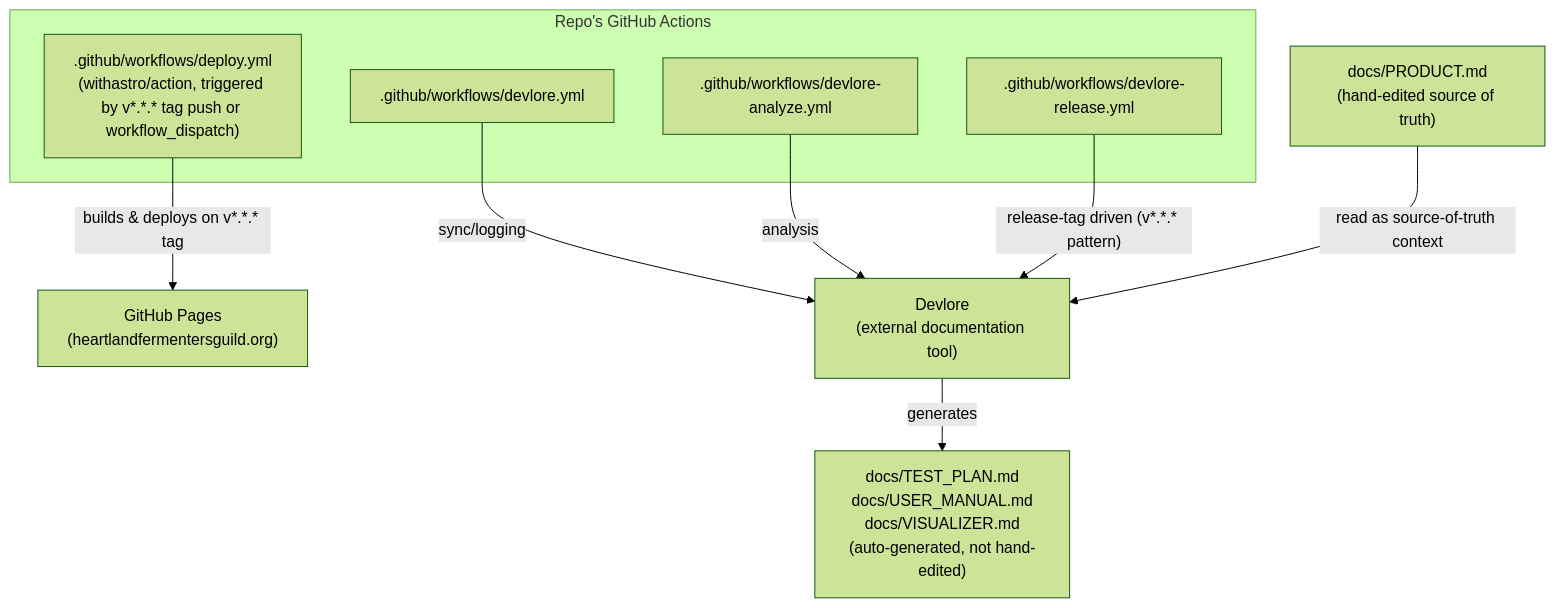
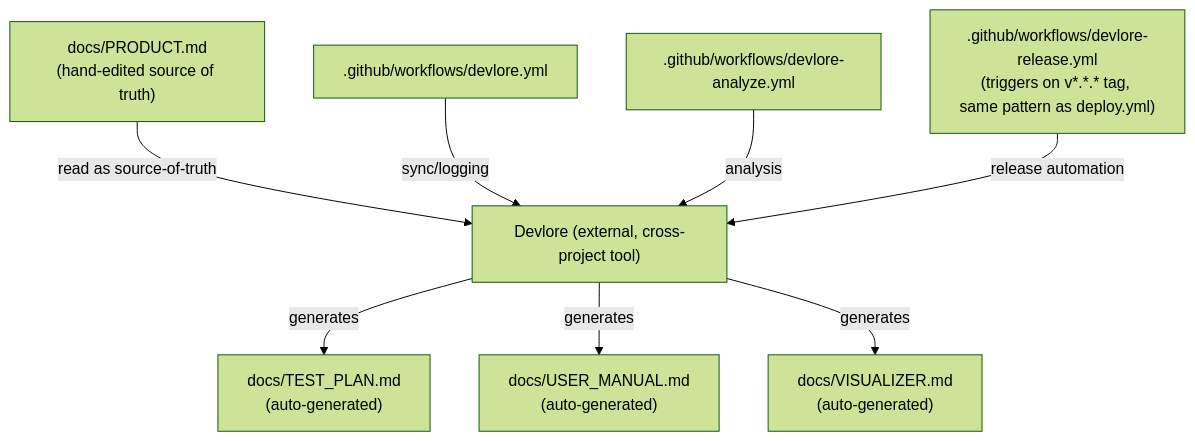
The third of 3 diagrams in docs/VISUALIZER.md (BubbaF377/heartland-fermenters-guild), drawn with Mermaid (forest theme) before and after one commit. The commit also changed other lines of this file, not shown here.

Commit message:
Update visualizer (requirements changed): heartland-fermenters-guild

````diff
--- a/docs/VISUALIZER.md
+++ b/docs/VISUALIZER.md
@@ -66,23 +78,22 @@
 ```mermaid
-flowchart TD
+graph TD
     ProductDoc["docs/PRODUCT.md<br/>(hand-edited source of truth)"]
+    TestPlan["docs/TEST_PLAN.md<br/>(auto-generated)"]
+    UserManual["docs/USER_MANUAL.md<br/>(auto-generated)"]
+    Visualizer["docs/VISUALIZER.md<br/>(auto-generated)"]
 
-    subgraph RepoAutomation["Repo's GitHub Actions"]
-        DeployWF[".github/workflows/deploy.yml<br/>(withastro/action, triggered by v*.*.* tag push or workflow_dispatch)"]
-        DevloreWF[".github/workflows/devlore.yml"]
-        DevloreAnalyzeWF[".github/workflows/devlore-analyze.yml"]
-        DevloreReleaseWF[".github/workflows/devlore-release.yml"]
-    end
+    DevloreWF[".github/workflows/devlore.yml"]
+    DevloreAnalyzeWF[".github/workflows/devlore-analyze.yml"]
+    DevloreReleaseWF[".github/workflows/devlore-release.yml<br/>(triggers on v*.*.* tag, same pattern as deploy.yml)"]
 
-    GHPages["GitHub Pages<br/>(heartlandfermentersguild.org)"]
-    Devlore["Devlore<br/>(external documentation tool)"]
-    GeneratedDocs["docs/TEST_PLAN.md<br/>docs/USER_MANUAL.md<br/>docs/VISUALIZER.md<br/>(auto-generated, not hand-edited)"]
+    Devlore["Devlore (external, cross-project tool)"]
 
-    ProductDoc -- "read as source-of-truth context" --> Devlore
+    ProductDoc -- "read as source-of-truth" --> Devlore
+    Devlore -- "generates" --> TestPlan
+    Devlore -- "generates" --> UserManual
+    Devlore -- "generates" --> Visualizer
+
     DevloreWF -- "sync/logging" --> Devlore
     DevloreAnalyzeWF -- "analysis" --> Devlore
-    DevloreReleaseWF -- "release-tag driven (v*.*.* pattern)" --> Devlore
-    Devlore -- "generates" --> GeneratedDocs
-
-    DeployWF -- "builds & deploys on v*.*.* tag" --> GHPages
+    DevloreReleaseWF -- "release automation" --> Devlore
 ```
````
